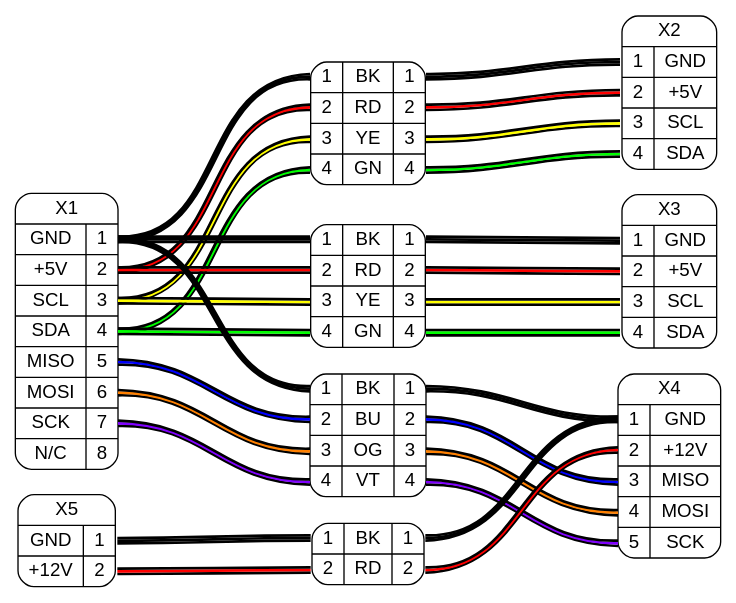
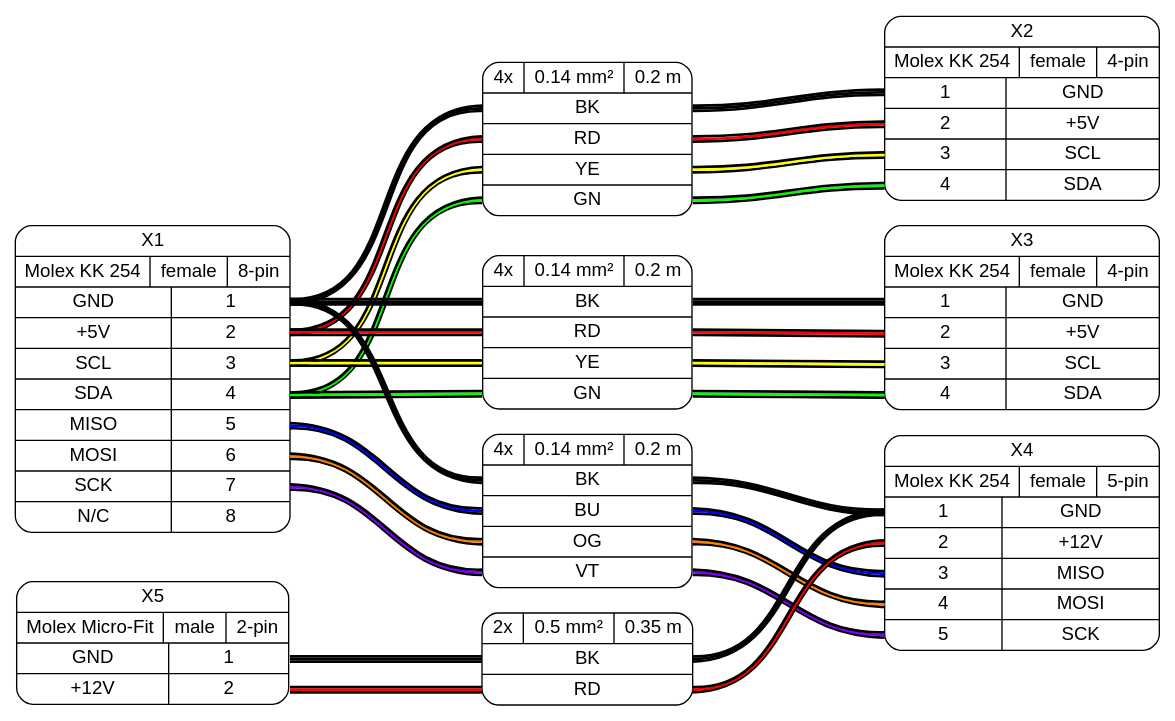
The diagram in src/output/output_ex2.dot (wireviz/WireViz), drawn with Graphviz before and after one commit. The commit also changed 2 other files, not shown here.

```diff
--- a/src/output/output_ex2.dot
+++ b/src/output/output_ex2.dot
@@ -1,49 +1,53 @@
+// Graph generated by WireViz
+// https://github.com/formatc1702/WireViz
+// Daniel Rojas - 2020
+
 digraph G {
     graph [rankdir = LR, ranksep=2, fontname = "arial"];
     edge [arrowhead=none, fontname = "arial"];
     node [shape=record, style=rounded, fontname = "arial"];
 
 
-X1[label="X1 | {{GND|+5V|SCL|SDA|MISO|MOSI|SCK|N/C} | {<p1>1|<p2>2|<p3>3|<p4>4|<p5>5|<p6>6|<p7>7|<p8>8}}}"]
+X1[label="X1 | {Molex KK 254|female|8-pin} | {{GND|+5V|SCL|SDA|MISO|MOSI|SCK|N/C} | {<p1>1|<p2>2|<p3>3|<p4>4|<p5>5|<p6>6|<p7>7|<p8>8}}}"]
 
-X2[label="X2 | {{<p1>1|<p2>2|<p3>3|<p4>4} | {GND|+5V|SCL|SDA}}}"]
+X2[label="X2 | {Molex KK 254|female|4-pin} | {{<p1>1|<p2>2|<p3>3|<p4>4} | {GND|+5V|SCL|SDA}}}"]
 
-X3[label="X3 | {{<p1>1|<p2>2|<p3>3|<p4>4} | {GND|+5V|SCL|SDA}}}"]
+X3[label="X3 | {Molex KK 254|female|4-pin} | {{<p1>1|<p2>2|<p3>3|<p4>4} | {GND|+5V|SCL|SDA}}}"]
 
-X4[label="X4 | {{<p1>1|<p2>2|<p3>3|<p4>4|<p5>5} | {GND|+12V|MISO|MOSI|SCK}}}"]
+X4[label="X4 | {Molex KK 254|female|5-pin} | {{<p1>1|<p2>2|<p3>3|<p4>4|<p5>5} | {GND|+12V|MISO|MOSI|SCK}}}"]
 
-X5[label="X5 | {{GND|+12V} | {<p1>1|<p2>2}}}"]
+X5[label="X5 | {Molex Micro-Fit|male|2-pin} | {{GND|+12V} | {<p1>1|<p2>2}}}"]
 
-W1[label="{{<w1i>1|<w2i>2|<w3i>3|<w4i>4} | {BK|RD|YE|GN} | {<w1o>1|<w2o>2|<w3o>3|<w4o>4}}}"]
+W1[label="{4x|0.14 mm²|0.2 m} | {{<w1>BK|<w2>RD|<w3>YE|<w4>GN}}}"]
 
 {edge[style=bold]
-{edge[color="#000000:#000000:#000000"] X1:p1 -> W1:w1i; W1:w1o -> X2:p1}
-{edge[color="#000000:#ff0000:#000000"] X1:p2 -> W1:w2i; W1:w2o -> X2:p2}
-{edge[color="#000000:#ffff00:#000000"] X1:p3 -> W1:w3i; W1:w3o -> X2:p3}
-{edge[color="#000000:#00ff00:#000000"] X1:p4 -> W1:w4i; W1:w4o -> X2:p4}
+{edge[color="#000000:#000000:#000000"] X1:p1 -> W1:w1; W1:w1 -> X2:p1}
+{edge[color="#000000:#ff0000:#000000"] X1:p2 -> W1:w2; W1:w2 -> X2:p2}
+{edge[color="#000000:#ffff00:#000000"] X1:p3 -> W1:w3; W1:w3 -> X2:p3}
+{edge[color="#000000:#00ff00:#000000"] X1:p4 -> W1:w4; W1:w4 -> X2:p4}
 }
-W2[label="{{<w1i>1|<w2i>2|<w3i>3|<w4i>4} | {BK|RD|YE|GN} | {<w1o>1|<w2o>2|<w3o>3|<w4o>4}}}"]
+W2[label="{4x|0.14 mm²|0.2 m} | {{<w1>BK|<w2>RD|<w3>YE|<w4>GN}}}"]
 
 {edge[style=bold]
-{edge[color="#000000:#000000:#000000"] X1:p1 -> W2:w1i; W2:w1o -> X3:p1}
-{edge[color="#000000:#ff0000:#000000"] X1:p2 -> W2:w2i; W2:w2o -> X3:p2}
-{edge[color="#000000:#ffff00:#000000"] X1:p3 -> W2:w3i; W2:w3o -> X3:p3}
-{edge[color="#000000:#00ff00:#000000"] X1:p4 -> W2:w4i; W2:w4o -> X3:p4}
+{edge[color="#000000:#000000:#000000"] X1:p1 -> W2:w1; W2:w1 -> X3:p1}
+{edge[color="#000000:#ff0000:#000000"] X1:p2 -> W2:w2; W2:w2 -> X3:p2}
+{edge[color="#000000:#ffff00:#000000"] X1:p3 -> W2:w3; W2:w3 -> X3:p3}
+{edge[color="#000000:#00ff00:#000000"] X1:p4 -> W2:w4; W2:w4 -> X3:p4}
 }
-W3[label="{{<w1i>1|<w2i>2|<w3i>3|<w4i>4} | {BK|BU|OG|VT} | {<w1o>1|<w2o>2|<w3o>3|<w4o>4}}}"]
+W3[label="{4x|0.14 mm²|0.2 m} | {{<w1>BK|<w2>BU|<w3>OG|<w4>VT}}}"]
 
 {edge[style=bold]
-{edge[color="#000000:#000000:#000000"] X1:p1 -> W3:w1i; W3:w1o -> X4:p1}
-{edge[color="#000000:#0000ff:#000000"] X1:p5 -> W3:w2i; W3:w2o -> X4:p3}
-{edge[color="#000000:#ff8000:#000000"] X1:p6 -> W3:w3i; W3:w3o -> X4:p4}
-{edge[color="#000000:#8000ff:#000000"] X1:p7 -> W3:w4i; W3:w4o -> X4:p5}
+{edge[color="#000000:#000000:#000000"] X1:p1 -> W3:w1; W3:w1 -> X4:p1}
+{edge[color="#000000:#0000ff:#000000"] X1:p5 -> W3:w2; W3:w2 -> X4:p3}
+{edge[color="#000000:#ff8000:#000000"] X1:p6 -> W3:w3; W3:w3 -> X4:p4}
+{edge[color="#000000:#8000ff:#000000"] X1:p7 -> W3:w4; W3:w4 -> X4:p5}
 }
-W4[label="{{<w1i>1|<w2i>2} | {BK|RD} | {<w1o>1|<w2o>2}}}"]
+W4[label="{2x|0.5 mm²|0.35 m} | {{<w1>BK|<w2>RD}}}"]
 
 {edge[style=bold]
-{edge[color="#000000:#000000:#000000"] X5:p1 -> W4:w1i; W4:w1o -> X4:p1}
-{edge[color="#000000:#ff0000:#000000"] X5:p2 -> W4:w2i; W4:w2o -> X4:p2}
+{edge[color="#000000:#000000:#000000"] X5:p1 -> W4:w1; W4:w1 -> X4:p1}
+{edge[color="#000000:#ff0000:#000000"] X5:p2 -> W4:w2; W4:w2 -> X4:p2}
 }
 
 
 }
```
